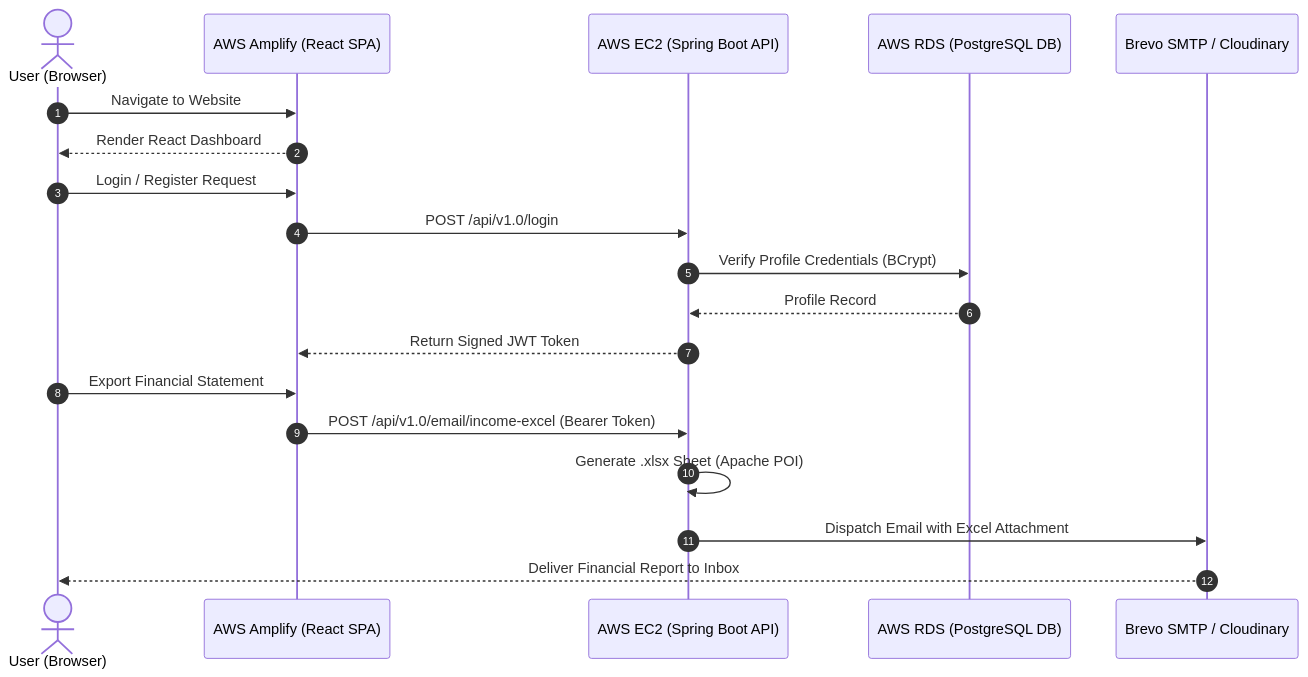
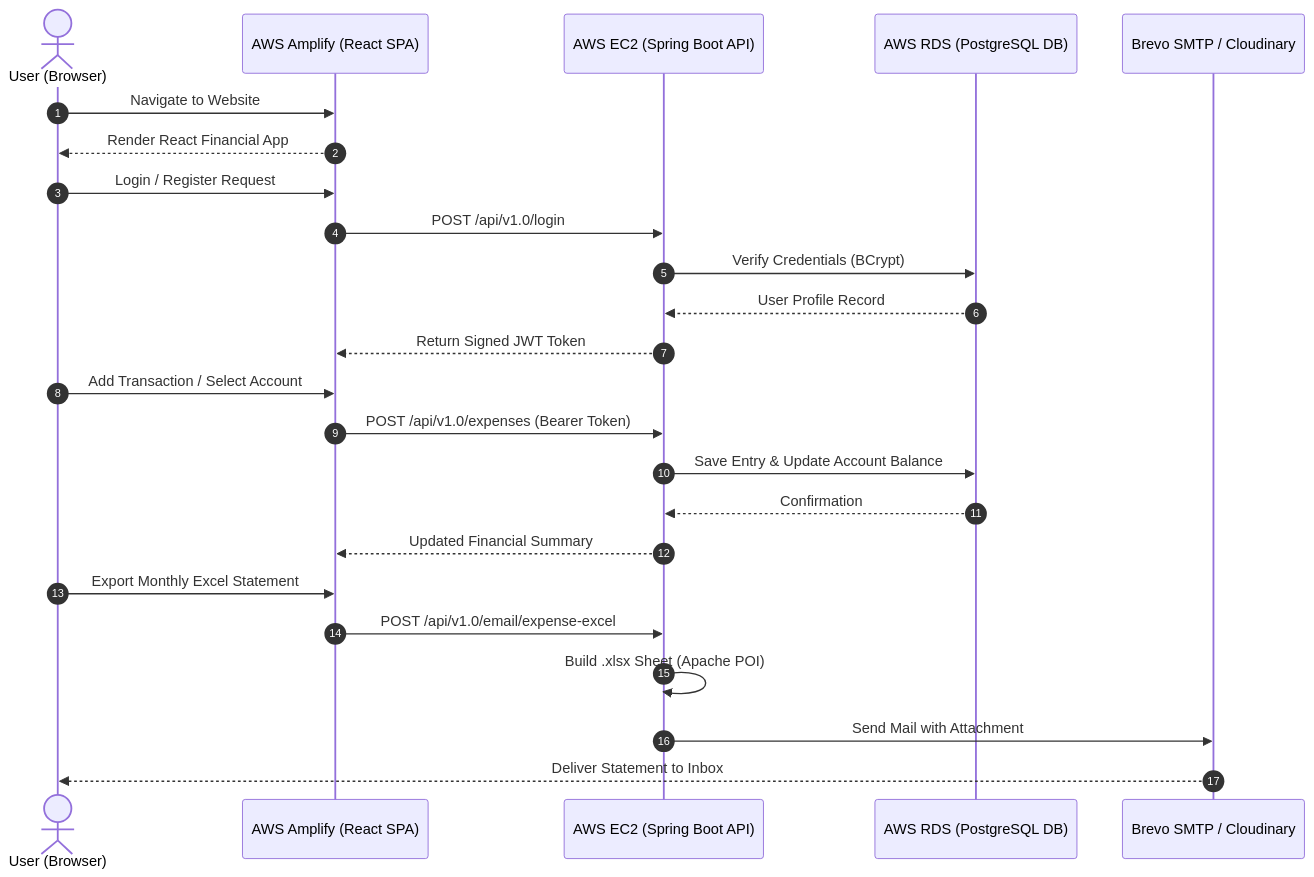
Before and after one commit to SujalPrajapati2006/moneymanager: the diagram in README.md, drawn with Mermaid. The commit also changed other lines of this file and 1 other file, not shown here.

Commit message:
docs: update README with multi-account tracking, budget tracking, and AWS deployment details

````diff
--- a/README.md
+++ b/README.md
@@ -72,22 +94,27 @@
 ```mermaid
 sequenceDiagram
     autonumber
     actor User as User (Browser)
     participant Amplify as AWS Amplify (React SPA)
     participant EC2 as AWS EC2 (Spring Boot API)
     participant RDS as AWS RDS (PostgreSQL DB)
     participant Brevo as Brevo SMTP / Cloudinary
 
     User->>Amplify: Navigate to Website
-    Amplify-->>User: Render React Dashboard
+    Amplify-->>User: Render React Financial App
     User->>Amplify: Login / Register Request
     Amplify->>EC2: POST /api/v1.0/login
-    EC2->>RDS: Verify Profile Credentials (BCrypt)
-    RDS-->>EC2: Profile Record
+    EC2->>RDS: Verify Credentials (BCrypt)
+    RDS-->>EC2: User Profile Record
     EC2-->>Amplify: Return Signed JWT Token
-    User->>Amplify: Export Financial Statement
-    Amplify->>EC2: POST /api/v1.0/email/income-excel (Bearer Token)
-    EC2->>EC2: Generate .xlsx Sheet (Apache POI)
-    EC2->>Brevo: Dispatch Email with Excel Attachment
-    Brevo-->>User: Deliver Financial Report to Inbox
+    User->>Amplify: Add Transaction / Select Account
+    Amplify->>EC2: POST /api/v1.0/expenses (Bearer Token)
+    EC2->>RDS: Save Entry & Update Account Balance
+    RDS-->>EC2: Confirmation
+    EC2-->>Amplify: Updated Financial Summary
+    User->>Amplify: Export Monthly Excel Statement
+    Amplify->>EC2: POST /api/v1.0/email/expense-excel
+    EC2->>EC2: Build .xlsx Sheet (Apache POI)
+    EC2->>Brevo: Send Mail with Attachment
+    Brevo-->>User: Deliver Statement to Inbox
 ```
````
